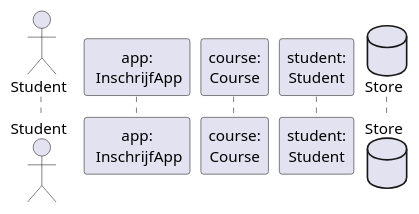
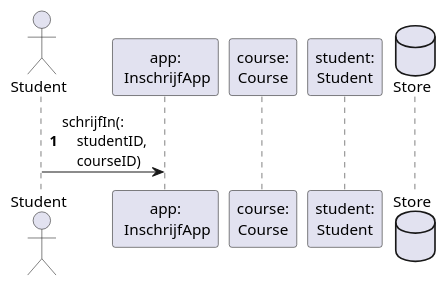
The diagram in oefeningen/les2/lesprogramma/onderdeel3a/optie2-jouw-uitwerking.puml (AIM-ENE/doex-opdracht-2), drawn with PlantUML before and after one commit. The commit also changed 1 other file, not shown here.

```diff
--- a/oefeningen/les2/lesprogramma/onderdeel3a/optie2-jouw-uitwerking.puml
+++ b/oefeningen/les2/lesprogramma/onderdeel3a/optie2-jouw-uitwerking.puml
@@ -1,13 +1,15 @@
 @startuml
 
 autonumber
 
 actor Student
 participant "app:\n InschrijfApp" as app
 participant "course:\nCourse" as course
 participant "student:\nStudent" as student
 database Store
 
-
+Student -> app: schrijfIn(: \n\
+    studentID,\n\
+    courseID)
 
 @enduml
```
